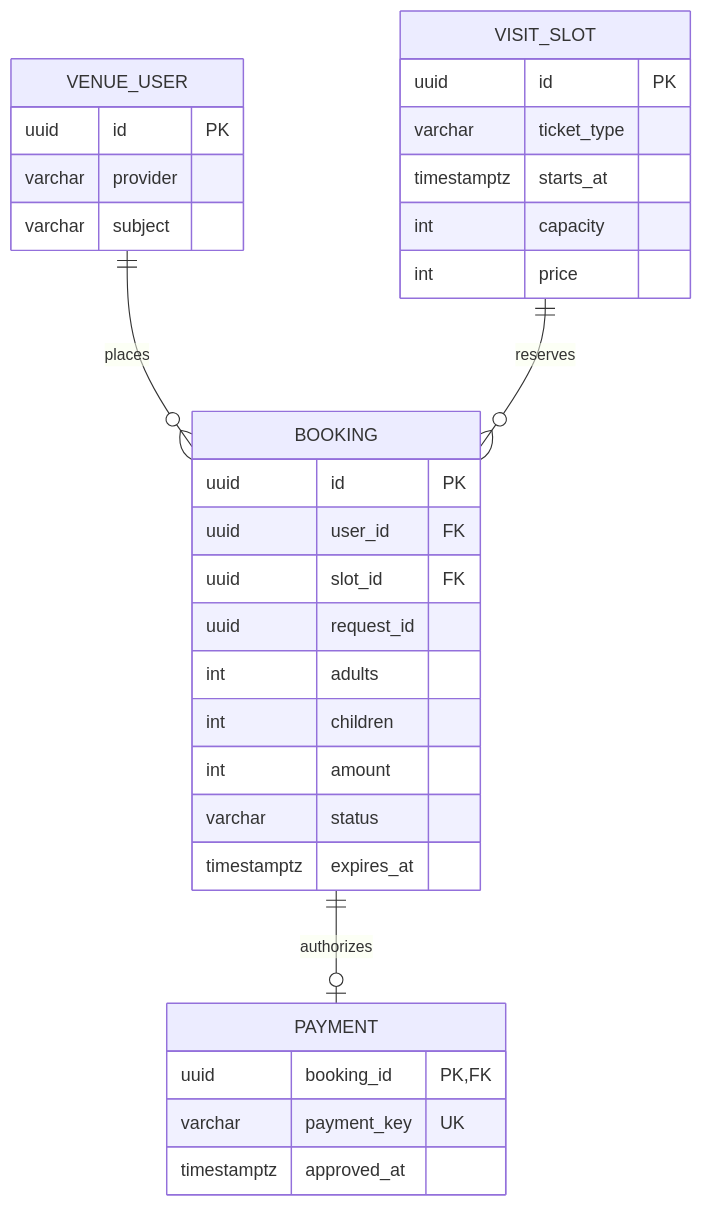
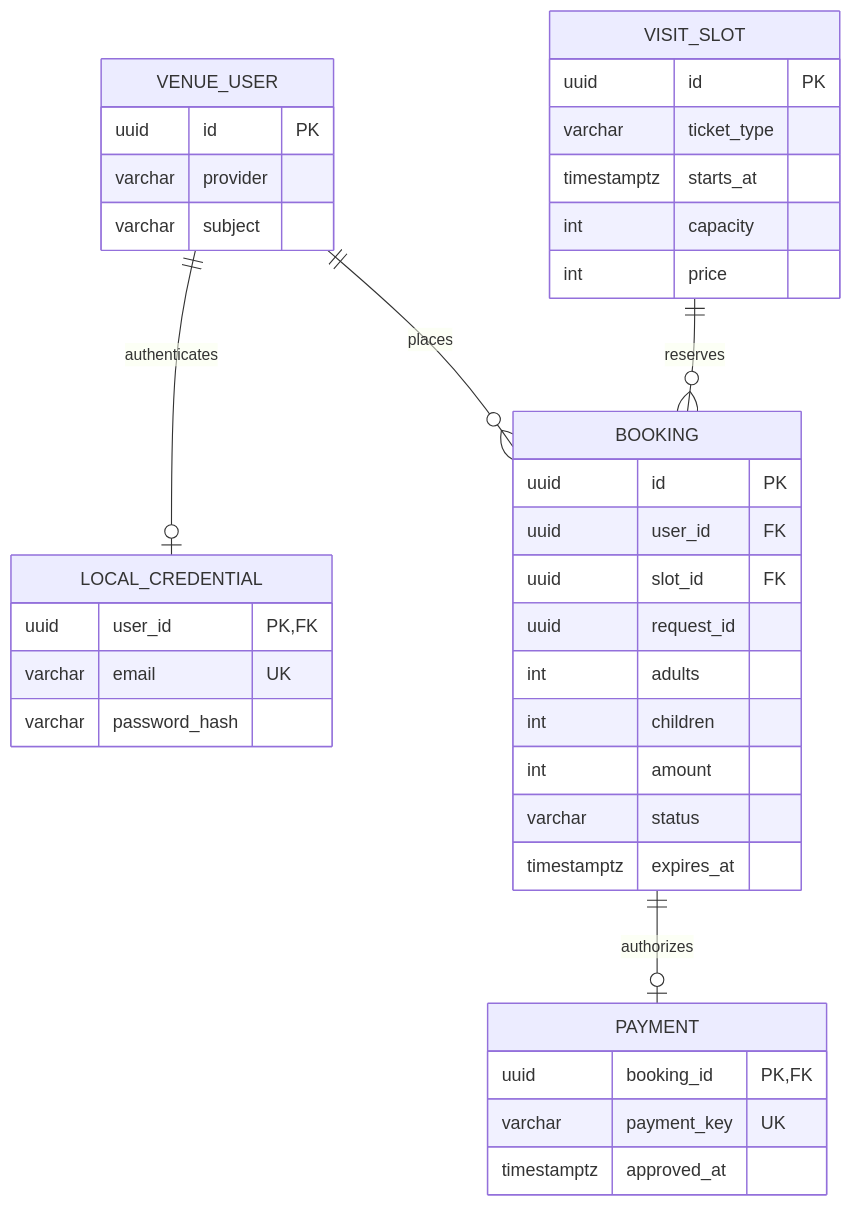
The diagram in docs/ERD.md (BBIYACK-0834/Sseolmae), drawn with Mermaid before and after one commit. The commit also changed other lines of this file and 14 other files, not shown here.

````diff
--- a/docs/ERD.md
+++ b/docs/ERD.md
@@ -5,35 +5,41 @@
 ```mermaid
 erDiagram
+    VENUE_USER ||--o| LOCAL_CREDENTIAL : authenticates
     VENUE_USER ||--o{ BOOKING : places
     VISIT_SLOT ||--o{ BOOKING : reserves
     BOOKING ||--o| PAYMENT : authorizes
 
     VENUE_USER {
         uuid id PK
         varchar provider
         varchar subject
+    }
+    LOCAL_CREDENTIAL {
+        uuid user_id PK,FK
+        varchar email UK
+        varchar password_hash
     }
     VISIT_SLOT {
         uuid id PK
         varchar ticket_type
         timestamptz starts_at
         int capacity
         int price
     }
     BOOKING {
         uuid id PK
         uuid user_id FK
         uuid slot_id FK
         uuid request_id
         int adults
         int children
         int amount
         varchar status
         timestamptz expires_at
     }
     PAYMENT {
         uuid booking_id PK,FK
         varchar payment_key UK
         timestamptz approved_at
     }
 ```
````
